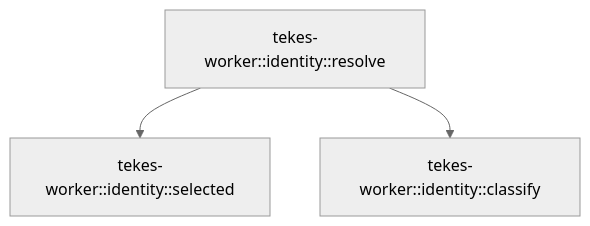
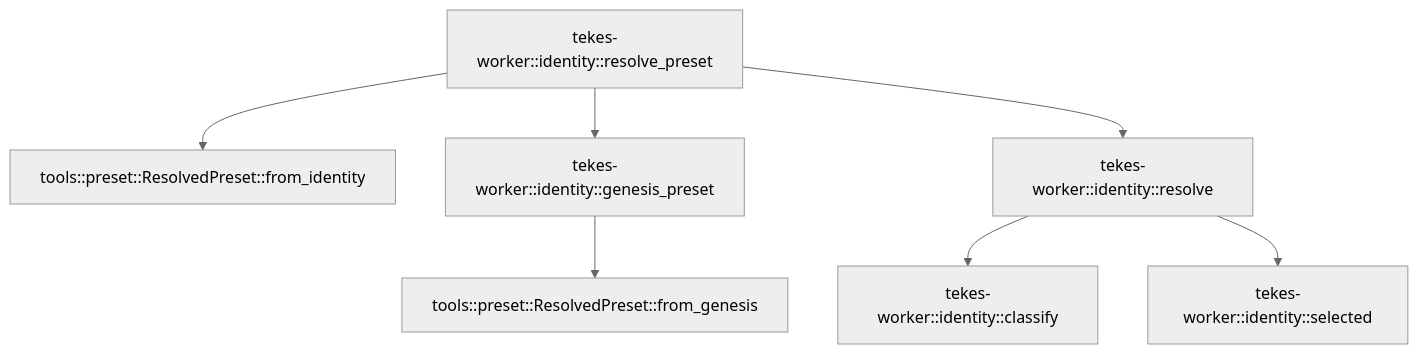
One commit to TekesApps/TekesKernel changed the diagram in crates/worker/docs/generated/src--identity.md. Above: the diagram before and after it, drawn with Mermaid (neutral theme). The commit also changed other lines of this file and 140 other files, not shown here.

````diff
--- a/crates/worker/docs/generated/src--identity.md
+++ b/crates/worker/docs/generated/src--identity.md
@@ -39,8 +43,16 @@
 ```mermaid
 flowchart TD
-  n0["tekes-worker::identity::resolve"]
-  n1["tekes-worker::identity::selected"]
+  n0["tools::preset::ResolvedPreset::from_identity"]
+  n1["tools::preset::ResolvedPreset::from_genesis"]
   n2["tekes-worker::identity::classify"]
-  n0 --> n1
-  n0 --> n2
+  n3["tekes-worker::identity::genesis_preset"]
+  n4["tekes-worker::identity::resolve_preset"]
+  n5["tekes-worker::identity::resolve"]
+  n6["tekes-worker::identity::selected"]
+  n3 --> n1
+  n4 --> n0
+  n4 --> n3
+  n4 --> n5
+  n5 --> n2
+  n5 --> n6
 ```
````
